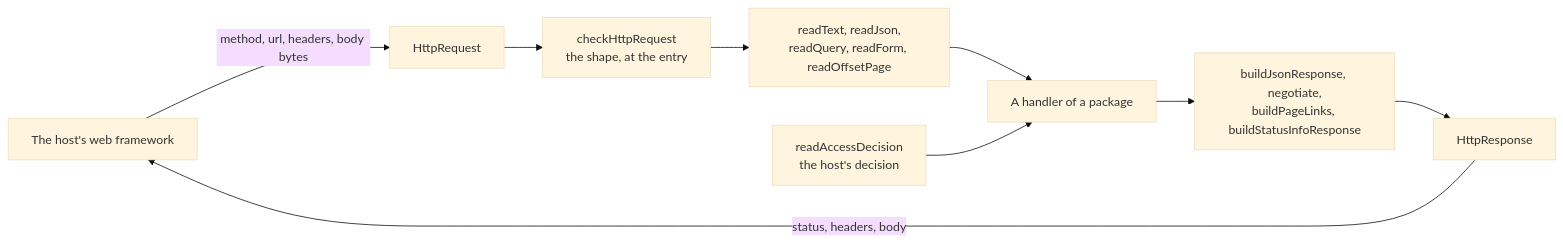
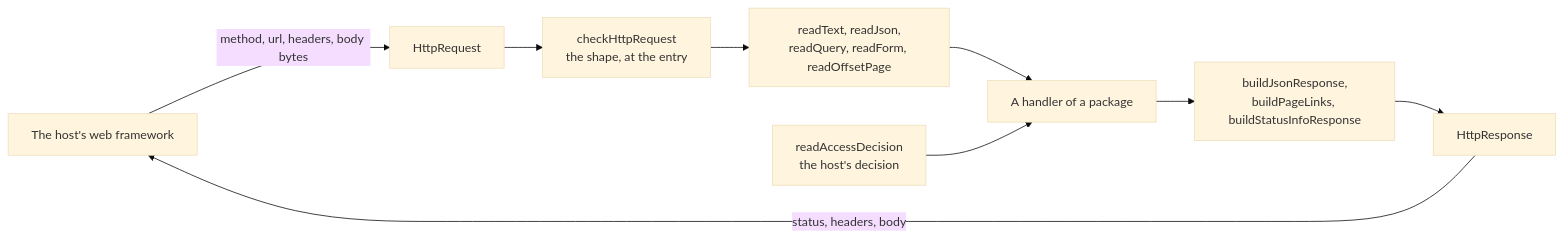
The diagram in docs/core/http.md (interopkit/interopkit), drawn with Mermaid (base theme) before and after one commit. The commit also changed other lines of this file and 24 other files, not shown here.

````diff
--- a/docs/core/http.md
+++ b/docs/core/http.md
@@ -9,11 +9,11 @@
 ```mermaid
 flowchart LR
   framework["The host's web framework"] -->|"method, url, headers, body bytes"| request["HttpRequest"]
   request --> check["checkHttpRequest<br/>the shape, at the entry"]
   check --> read["readText, readJson,<br/>readQuery, readForm, readOffsetPage"]
   read --> handler["A handler of a package"]
   decision["readAccessDecision<br/>the host's decision"] --> handler
-  handler --> build["buildJsonResponse, negotiate,<br/>buildPageLinks, buildStatusInfoResponse"]
+  handler --> build["buildJsonResponse,<br/>buildPageLinks, buildStatusInfoResponse"]
   build --> response["HttpResponse"]
   response -->|"status, headers, body"| framework
 ```
````
